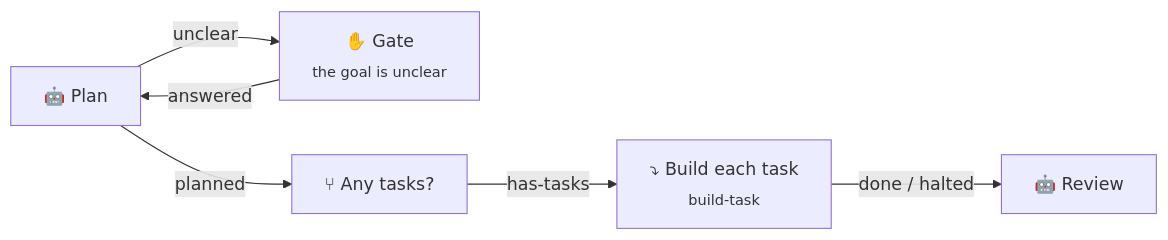
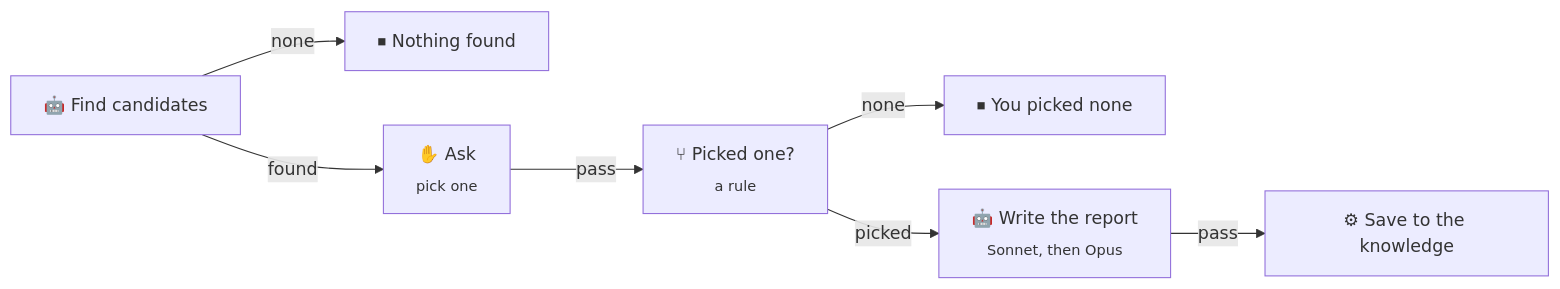
One commit to xiduzo/nightshift changed the diagram in docs/wiki/Flows-and-nodes.md. Above: the diagram before and after it, drawn with Mermaid. The commit also changed other lines of this file and 3 other files, not shown here.

````diff
--- a/docs/wiki/Flows-and-nodes.md
+++ b/docs/wiki/Flows-and-nodes.md
@@ -7,14 +7,17 @@
 ```mermaid
 flowchart LR
-  planner["🤖 Plan"]
-  clarify["✋ Gate<br/><sub>the goal is unclear</sub>"]
-  any_tasks["⑂ Any tasks?"]
-  build["⤵ Build each task<br/><sub>build-task</sub>"]
-  review["🤖 Review"]
+  scout["🤖 Find candidates"]
+  nothing["⏹ Nothing found"]
+  pick["✋ Ask<br/><sub>pick one</sub>"]
+  picked["⑂ Picked one?<br/><sub>a rule</sub>"]
+  skipped["⏹ You picked none"]
+  write["🤖 Write the report<br/><sub>Sonnet, then Opus</sub>"]
+  save["⚙ Save to the knowledge"]
 
-  planner -- planned --> any_tasks
-  planner -- unclear --> clarify
-  clarify -- answered --> planner
-  any_tasks -- has-tasks --> build
-  build -- "done / halted" --> review
+  scout -- none --> nothing
+  scout -- found --> pick
+  pick -- pass --> picked
+  picked -- none --> skipped
+  picked -- picked --> write
+  write -- pass --> save
 ```
````
